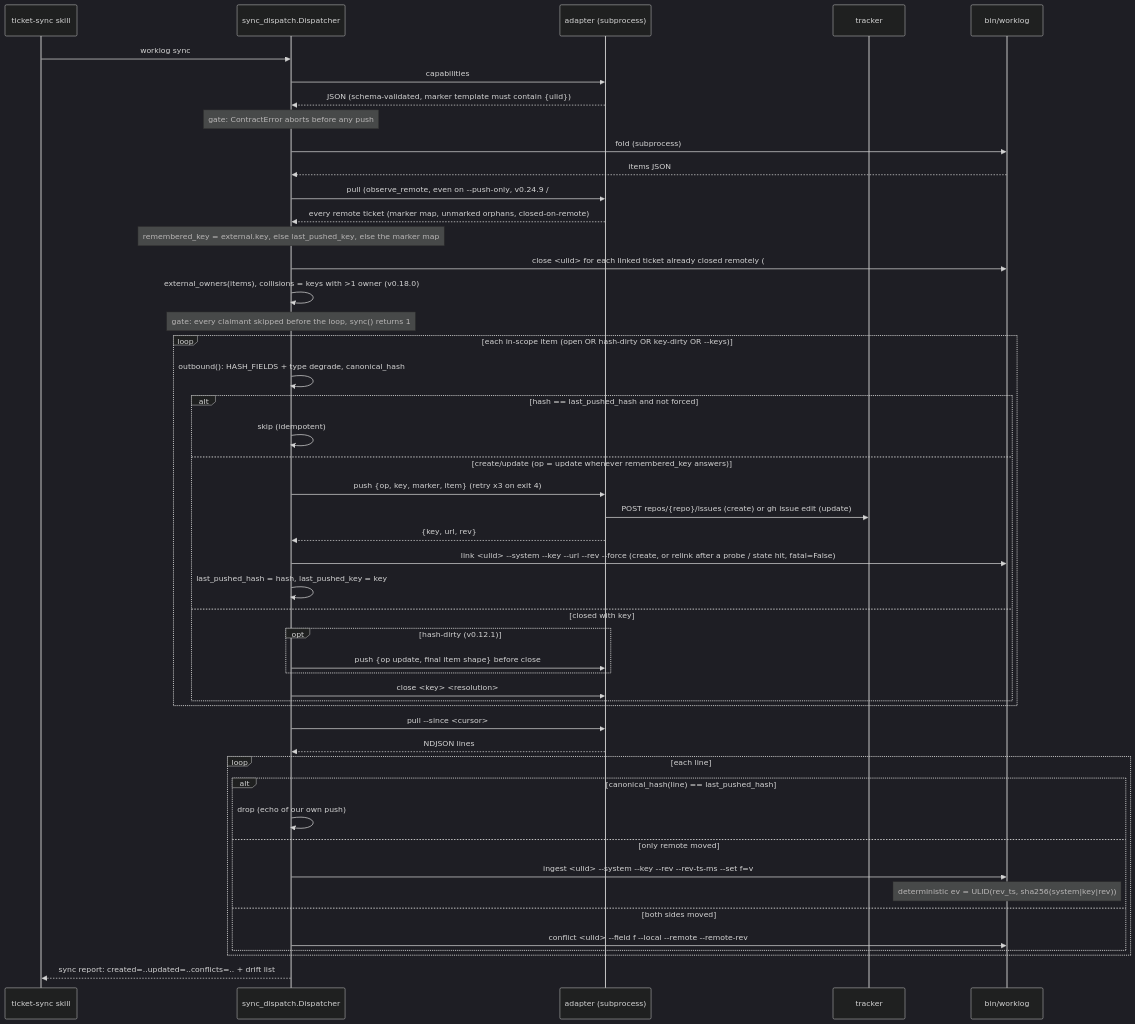
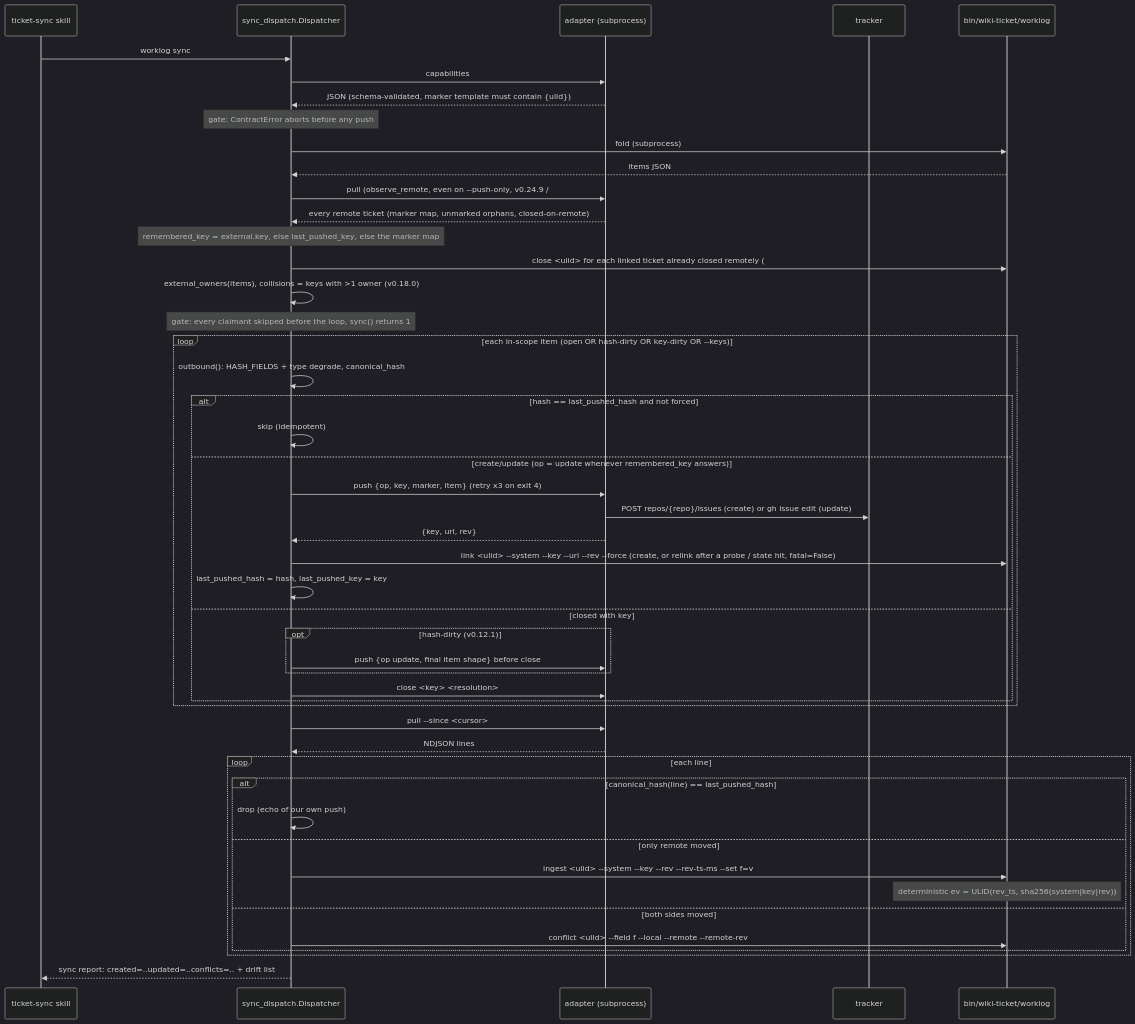
One commit to SpillwaveSolutions/wiki_ticket_sdd changed the fifth of 12 diagrams in docs/designs/current_design_doc.md. Above: the diagram before and after it, drawn with Mermaid (dark theme). The commit also changed other lines of this file and 3 other files, not shown here.

First line of the commit message:
docs: point the live design pair at bin/wiki-ticket

````diff
--- a/docs/designs/current_design_doc.md
+++ b/docs/designs/current_design_doc.md
@@ -947,50 +947,50 @@
 ```mermaid
 sequenceDiagram
     participant S as ticket-sync skill
     participant D as sync_dispatch.Dispatcher
     participant A as adapter (subprocess)
     participant T as tracker
-    participant W as bin/worklog
+    participant W as bin/wiki-ticket/worklog
     S->>D: worklog sync
     D->>A: capabilities
     A-->>D: JSON (schema-validated, marker template must contain {ulid})
     Note over D: gate: ContractError aborts before any push
     D->>W: fold (subprocess)
     W-->>D: items JSON
     D->>A: pull (observe_remote, even on --push-only, v0.24.9 / #412)
     A-->>D: every remote ticket (marker map, unmarked orphans, closed-on-remote)
     Note over D: remembered_key = external.key, else last_pushed_key, else the marker map
     D->>W: close <ulid> for each linked ticket already closed remotely (#385)
     D->>D: external_owners(items), collisions = keys with >1 owner (v0.18.0)
     Note over D: gate: every claimant skipped before the loop, sync() returns 1
     loop each in-scope item (open OR hash-dirty OR key-dirty OR --keys)
         D->>D: outbound(): HASH_FIELDS + type degrade, canonical_hash
         alt hash == last_pushed_hash and not forced
             D->>D: skip (idempotent)
         else create/update (op = update whenever remembered_key answers)
             D->>A: push {op, key, marker, item} (retry x3 on exit 4)
             A->>T: POST repos/{repo}/issues (create) or gh issue edit (update)
             A-->>D: {key, url, rev}
             D->>W: link <ulid> --system --key --url --rev --force (create, or relink after a probe / state hit, fatal=False)
             D->>D: last_pushed_hash = hash, last_pushed_key = key
         else closed with key
             opt hash-dirty (v0.12.1)
                 D->>A: push {op update, final item shape} before close
             end
             D->>A: close <key> <resolution>
         end
     end
     D->>A: pull --since <cursor>
     A-->>D: NDJSON lines
     loop each line
         alt canonical_hash(line) == last_pushed_hash
             D->>D: drop (echo of our own push)
         else only remote moved
             D->>W: ingest <ulid> --system --key --rev --rev-ts-ms --set f=v
             Note over W: deterministic ev = ULID(rev_ts, sha256(system|key|rev))
         else both sides moved
             D->>W: conflict <ulid> --field f --local --remote --remote-rev
         end
     end
     D-->>S: sync report: created=..updated=..conflicts=.. + drift list
 ```
````
